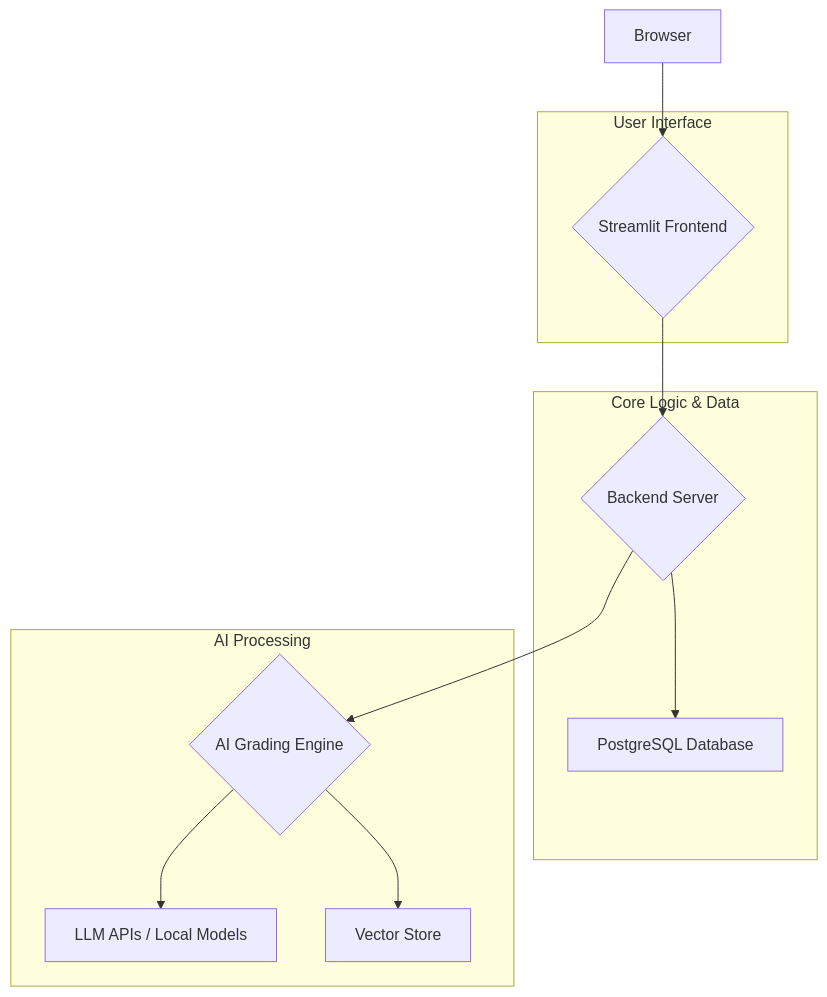
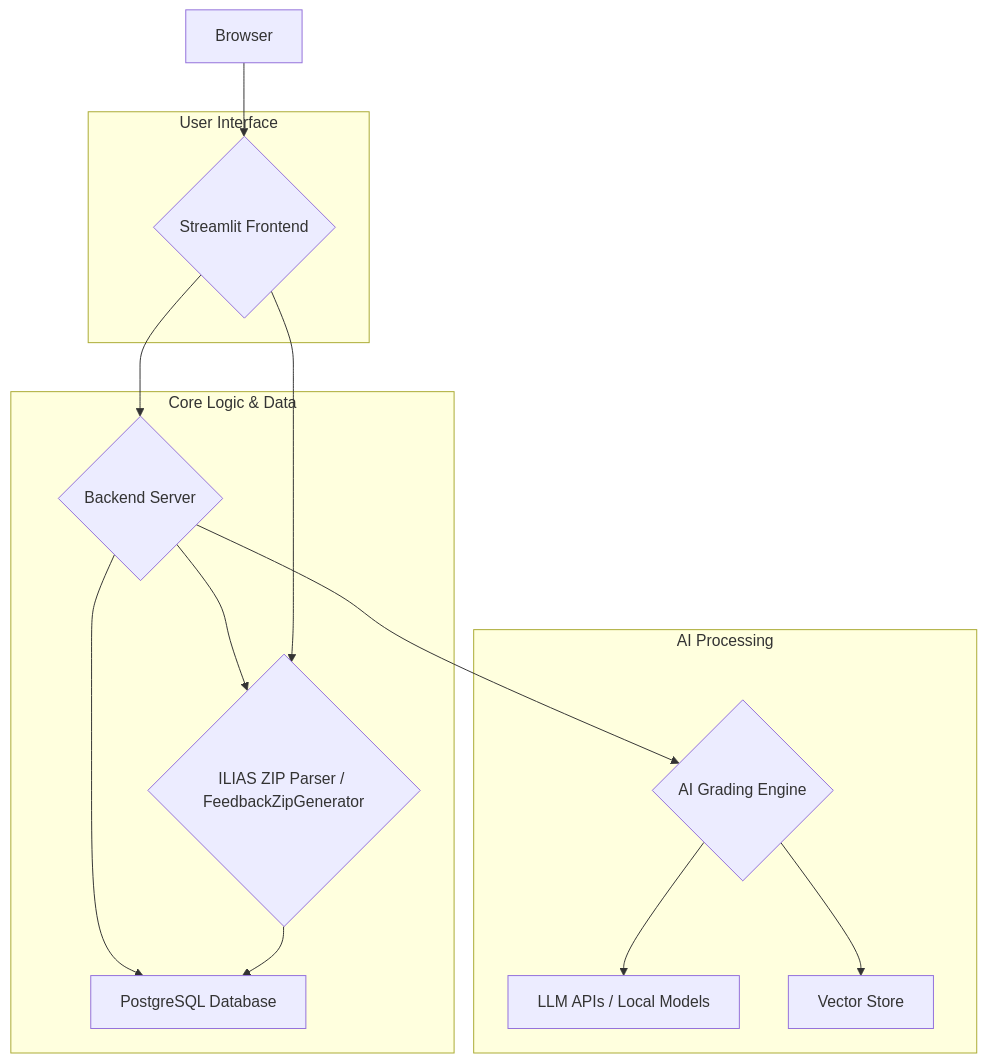
The first of 2 diagrams in project_docs/ARCHITECTURE.md (scriptedbyvedant/autograder_v2-main), drawn with Mermaid before and after one commit. The commit also changed 3 other files, not shown here.

````diff
--- a/project_docs/ARCHITECTURE.md
+++ b/project_docs/ARCHITECTURE.md
@@ -12,24 +12,28 @@
 ```mermaid
 graph TD
     A[Browser] --> B{Streamlit Frontend};
     B --> C{Backend Server};
     C --> D[PostgreSQL Database];
     C --> E{AI Grading Engine};
     E --> F[LLM APIs / Local Models];
     E --> G[Vector Store];
+    C --> H{ILIAS ZIP Parser / FeedbackZipGenerator};
+    H --> D;
+    B --> H;
 
     subgraph User Interface
         B
     end
 
     subgraph Core Logic & Data
         C
         D
+        H
     end
 
     subgraph AI Processing
         E
         F
         G
     end
 ```
````
